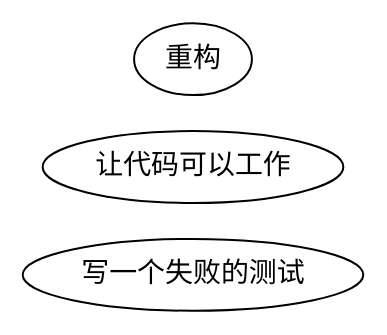
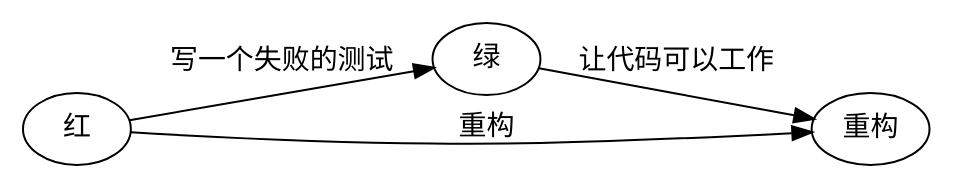
One commit to phodal/ledge changed the second of 4 diagrams in src/assets/docs/practise.md. Above: the diagram before and after it, drawn with Graphviz. The commit also changed 6 other files, not shown here.

Commit message:
feat(render): #12 add graphviz render

````diff
--- a/src/assets/docs/practise.md
+++ b/src/assets/docs/practise.md
@@ -374,8 +374,8 @@
 ```graphviz
 digraph {
   rankdir=LR;
-  "红 | 绿"[label="写一个失败的测试"];
-  "绿 | 重构"[label="让代码可以工作"];
-  "重构 | 红"[dir="back" label="重构"];
+  "红" -> "绿"[label="写一个失败的测试"];
+  "绿" -> "重构"[label="让代码可以工作"];
+  "重构" -> "红"[dir="back" label="重构"];
 }
 ```
````
